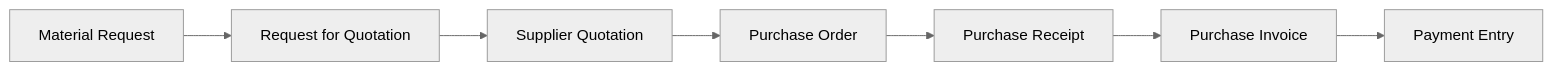
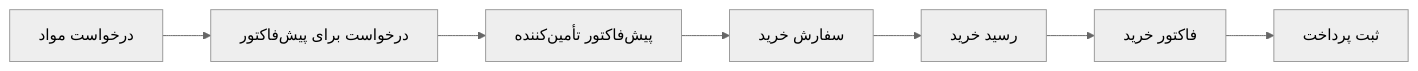
One commit to shahinesi/frappe_docs-persian changed the first of 5 diagrams in content/fa/erpnext/buying.md. Above: the diagram before and after it, drawn with Mermaid (neutral theme). The commit also changed other lines of this file and 7 other files, not shown here.

Commit message:
Localize ERPNext purchasing workflow diagrams

````diff
--- a/content/fa/erpnext/buying.md
+++ b/content/fa/erpnext/buying.md
@@ -17,9 +17,9 @@
 ```mermaid
 flowchart LR
-    MR[Material Request] --> RFQ[Request for Quotation]
-    RFQ --> SQ[Supplier Quotation]
-    SQ --> PO[Purchase Order]
-    PO --> PR[Purchase Receipt]
-    PR --> PI[Purchase Invoice]
-    PI --> PE[Payment Entry]
+    MR[درخواست مواد] --> RFQ[درخواست برای پیش‌فاکتور]
+    RFQ --> SQ[پیش‌فاکتور تأمین‌کننده]
+    SQ --> PO[سفارش خرید]
+    PO --> PR[رسید خرید]
+    PR --> PI[فاکتور خرید]
+    PI --> PE[ثبت پرداخت]
 ```
````
